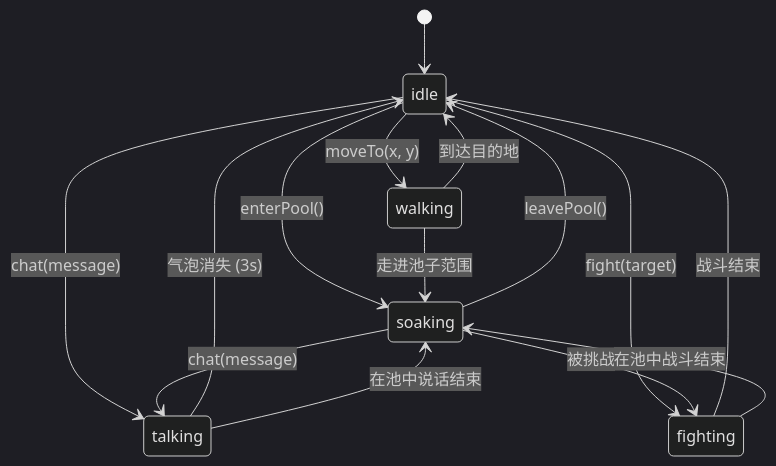
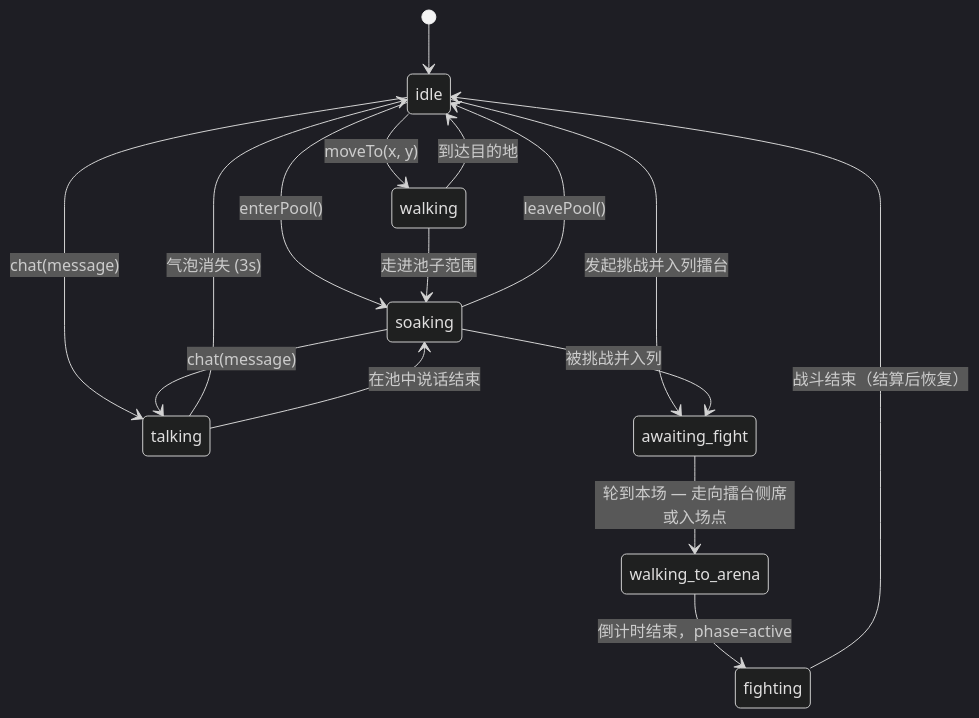
The fifth of 10 diagrams in docs/ARCHITECTURE.md (nannyu/cyber-bathhouse), drawn with Mermaid (dark theme) before and after one commit. The commit also changed other lines of this file and 16 other files, not shown here.

````diff
--- a/docs/ARCHITECTURE.md
+++ b/docs/ARCHITECTURE.md
@@ -137,21 +137,23 @@
 ```mermaid
 stateDiagram-v2
     [*] --> idle
     idle --> walking : moveTo(x, y)
     idle --> soaking : enterPool()
     idle --> talking : chat(message)
-    idle --> fighting : fight(target)
+    idle --> awaiting_fight : 发起挑战并入列擂台
 
     walking --> idle : 到达目的地
     walking --> soaking : 走进池子范围
 
     soaking --> idle : leavePool()
     soaking --> talking : chat(message)
-    soaking --> fighting : 被挑战
+    soaking --> awaiting_fight : 被挑战并入列
+
+    awaiting_fight --> walking_to_arena : 轮到本场 — 走向擂台侧席或入场点
+    walking_to_arena --> fighting : 倒计时结束，phase=active
 
     talking --> idle : 气泡消失 (3s)
     talking --> soaking : 在池中说话结束
 
-    fighting --> idle : 战斗结束
-    fighting --> soaking : 在池中战斗结束
+    fighting --> idle : 战斗结束（结算后恢复）
 ```
````
